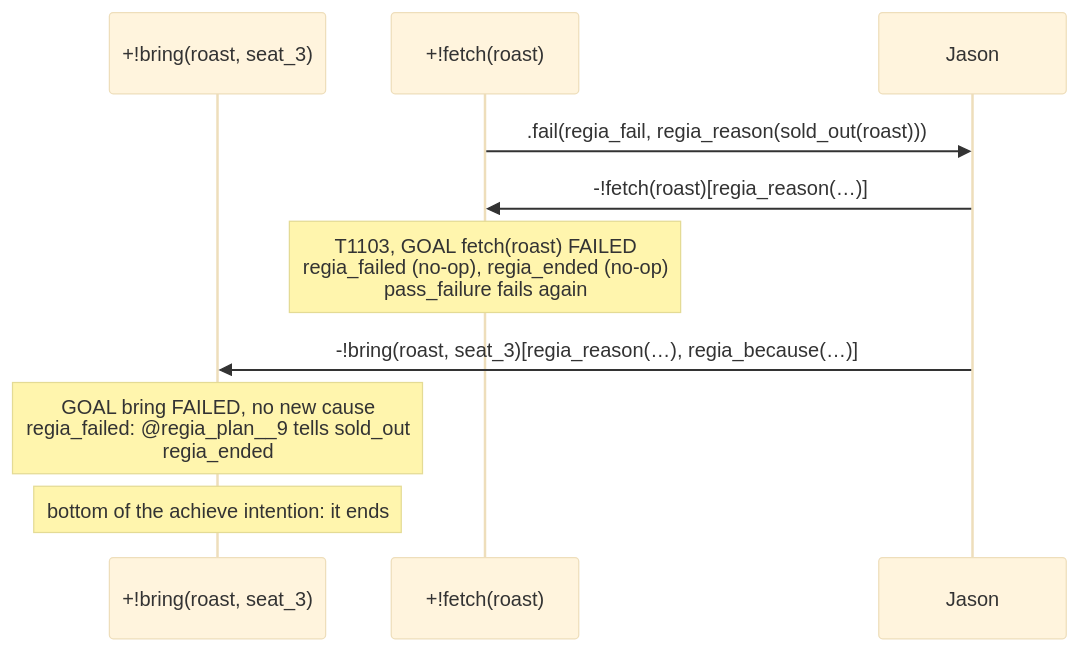
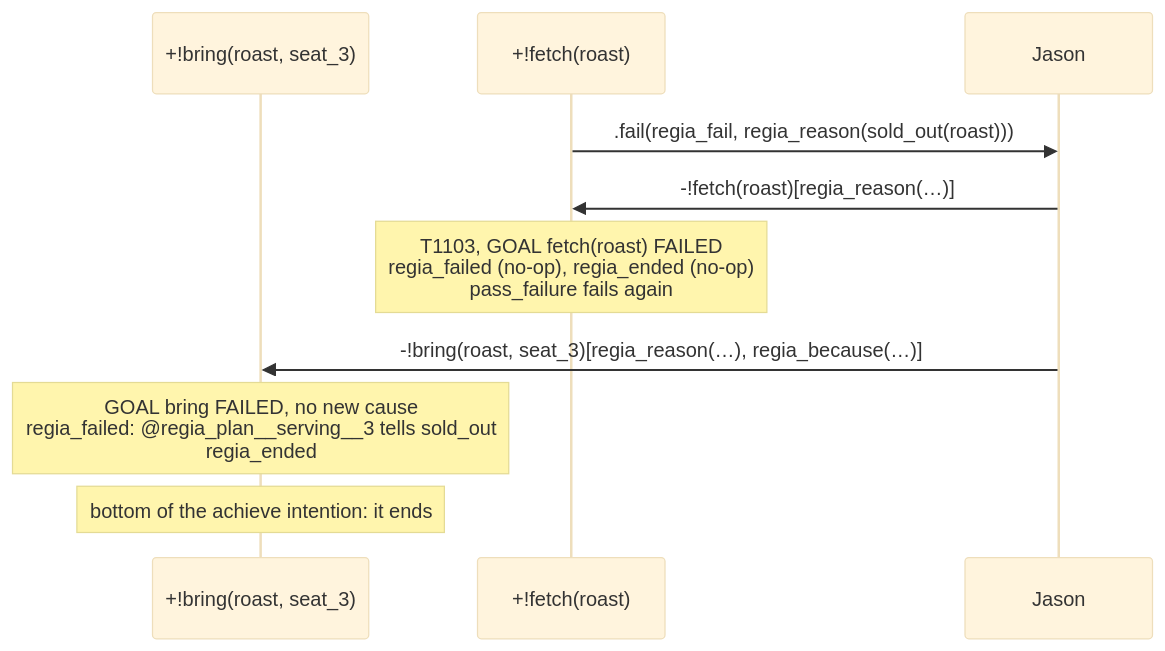
Before and after one commit to inkeaton/regia: the diagram in docs/guide/22-jason-plans-and-goals.md, drawn with Mermaid (base theme). The commit also changed other lines of this file and 24 other files, not shown here.

````diff
--- a/docs/guide/22-jason-plans-and-goals.md
+++ b/docs/guide/22-jason-plans-and-goals.md
@@ -655,12 +645,12 @@
 ```mermaid
 sequenceDiagram
     participant B as +!bring(roast, seat_3)
     participant F as +!fetch(roast)
     participant J as Jason
     F->>J: .fail(regia_fail, regia_reason(sold_out(roast)))
     J->>F: -!fetch(roast)[regia_reason(…)]
     Note over F: T1103, GOAL fetch(roast) FAILED<br/>regia_failed (no-op), regia_ended (no-op)<br/>pass_failure fails again
     J->>B: -!bring(roast, seat_3)[regia_reason(…), regia_because(…)]
-    Note over B: GOAL bring FAILED, no new cause<br/>regia_failed: @regia_plan__9 tells sold_out<br/>regia_ended
+    Note over B: GOAL bring FAILED, no new cause<br/>regia_failed: @regia_plan__serving__3 tells sold_out<br/>regia_ended
     Note over B: bottom of the achieve intention: it ends
 ```
````
